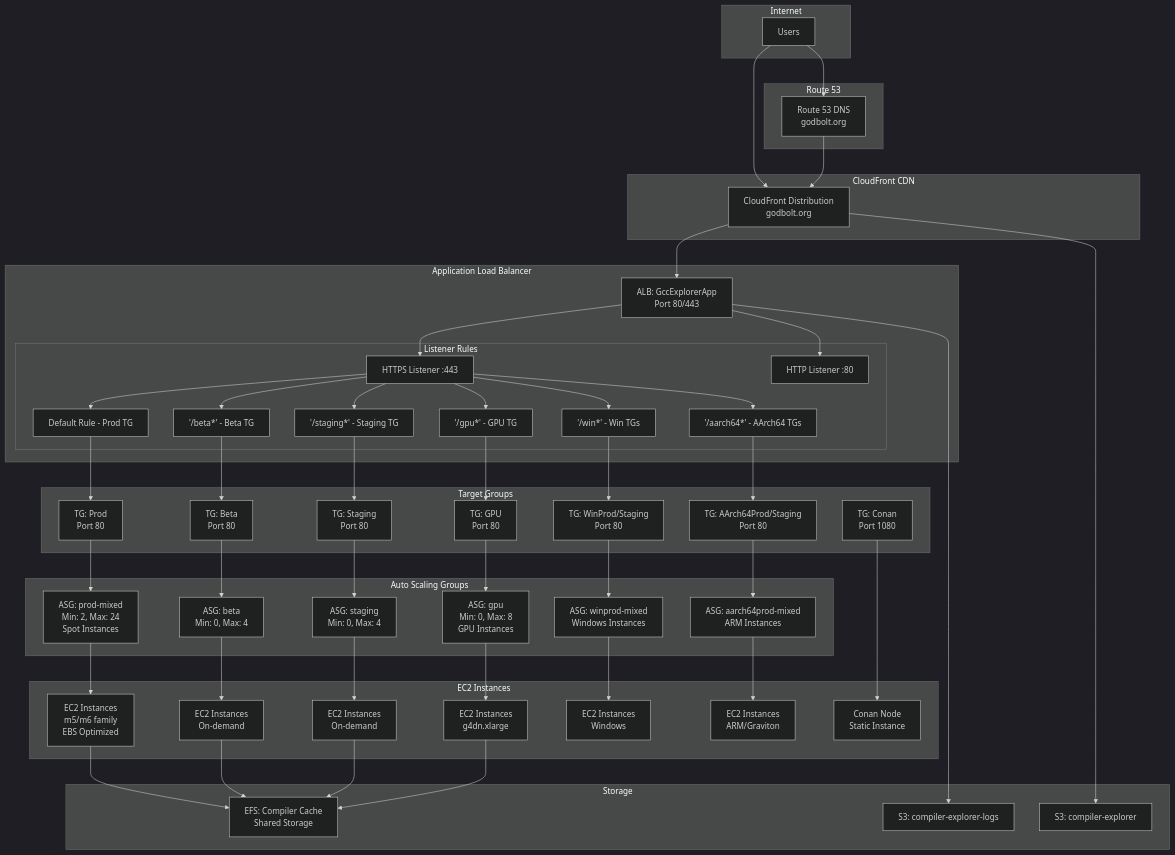
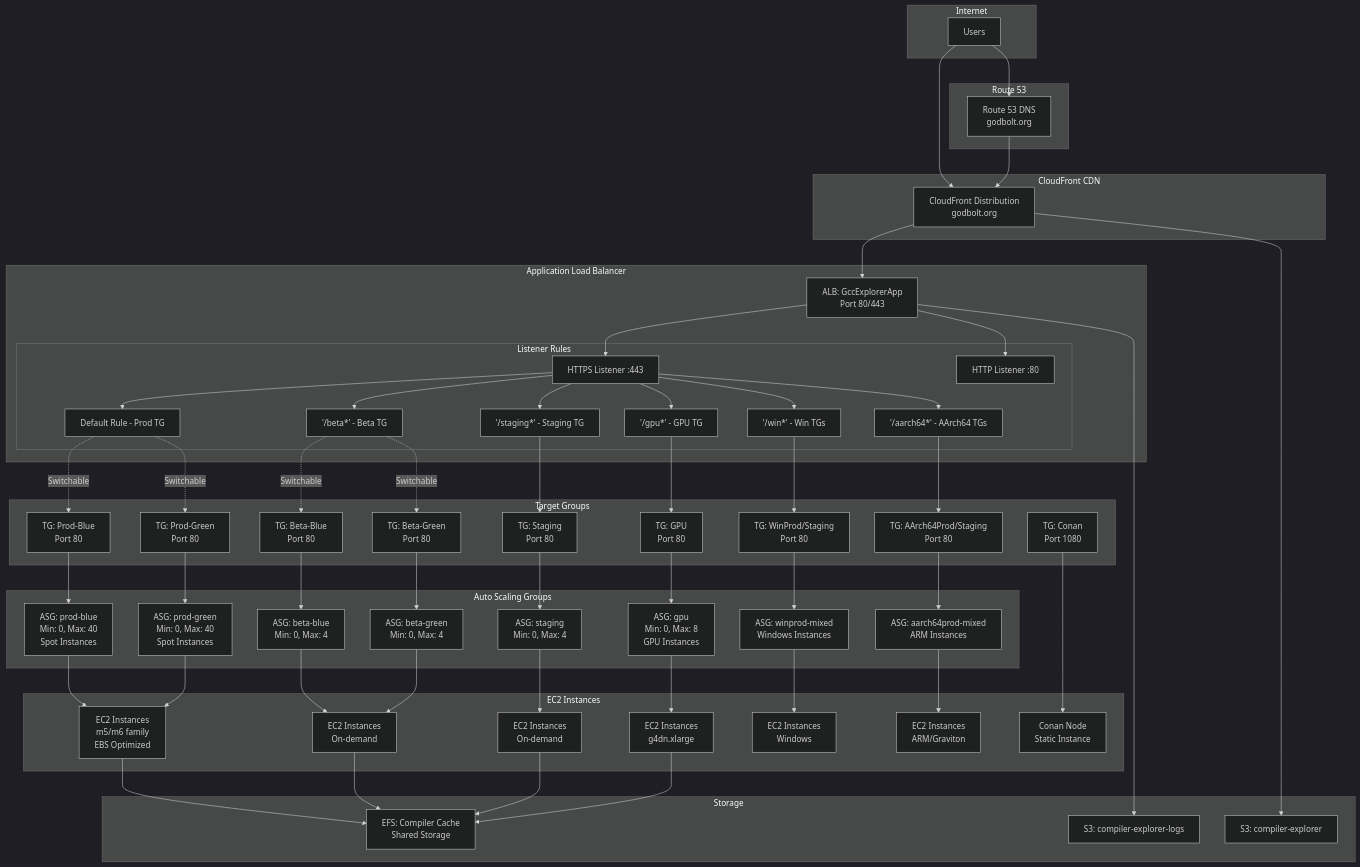
One commit to compiler-explorer/infra changed the diagram in docs/aws_architecture_current.md. Above: the diagram before and after it, drawn with Mermaid (dark theme). The commit also changed other lines of this file and 5 other files, not shown here.

Commit message:
various blue-green documentation fixes

```diff
--- a/docs/aws_architecture_current.md
+++ b/docs/aws_architecture_current.md
@@ -33,8 +33,10 @@
     end
 
     subgraph "Target Groups"
-        TGProd[TG: Prod<br/>Port 80]
-        TGBeta[TG: Beta<br/>Port 80]
+        TGProdBlue[TG: Prod-Blue<br/>Port 80]
+        TGProdGreen[TG: Prod-Green<br/>Port 80]
+        TGBetaBlue[TG: Beta-Blue<br/>Port 80]
+        TGBetaGreen[TG: Beta-Green<br/>Port 80]
         TGStaging[TG: Staging<br/>Port 80]
         TGGpu[TG: GPU<br/>Port 80]
         TGWin[TG: WinProd/Staging<br/>Port 80]
@@ -43,8 +45,10 @@
     end
 
     subgraph "Auto Scaling Groups"
-        ASGProd[ASG: prod-mixed<br/>Min: 2, Max: 24<br/>Spot Instances]
-        ASGBeta[ASG: beta<br/>Min: 0, Max: 4]
+        ASGProdBlue[ASG: prod-blue<br/>Min: 0, Max: 40<br/>Spot Instances]
+        ASGProdGreen[ASG: prod-green<br/>Min: 0, Max: 40<br/>Spot Instances]
+        ASGBetaBlue[ASG: beta-blue<br/>Min: 0, Max: 4]
+        ASGBetaGreen[ASG: beta-green<br/>Min: 0, Max: 4]
         ASGStaging[ASG: staging<br/>Min: 0, Max: 4]
         ASGGpu[ASG: gpu<br/>Min: 0, Max: 8<br/>GPU Instances]
         ASGWin[ASG: winprod-mixed<br/>Windows Instances]
@@ -83,23 +87,29 @@
     HTTPS --> WinRule
     HTTPS --> AArch64Rule
 
-    DefRule --> TGProd
-    BetaRule --> TGBeta
+    DefRule -.->|Switchable| TGProdBlue
+    DefRule -.->|Switchable| TGProdGreen
+    BetaRule -.->|Switchable| TGBetaBlue
+    BetaRule -.->|Switchable| TGBetaGreen
     StagingRule --> TGStaging
     GPURule --> TGGpu
     WinRule --> TGWin
     AArch64Rule --> TGAArch
 
-    TGProd --> ASGProd
-    TGBeta --> ASGBeta
+    TGProdBlue --> ASGProdBlue
+    TGProdGreen --> ASGProdGreen
+    TGBetaBlue --> ASGBetaBlue
+    TGBetaGreen --> ASGBetaGreen
     TGStaging --> ASGStaging
     TGGpu --> ASGGpu
     TGWin --> ASGWin
     TGAArch --> ASGAArch
     TGConan --> ConanNode
 
-    ASGProd --> EC2Prod
-    ASGBeta --> EC2Beta
+    ASGProdBlue --> EC2Prod
+    ASGProdGreen --> EC2Prod
+    ASGBetaBlue --> EC2Beta
+    ASGBetaGreen --> EC2Beta
     ASGStaging --> EC2Staging
     ASGGpu --> EC2Gpu
     ASGWin --> EC2Win
```
